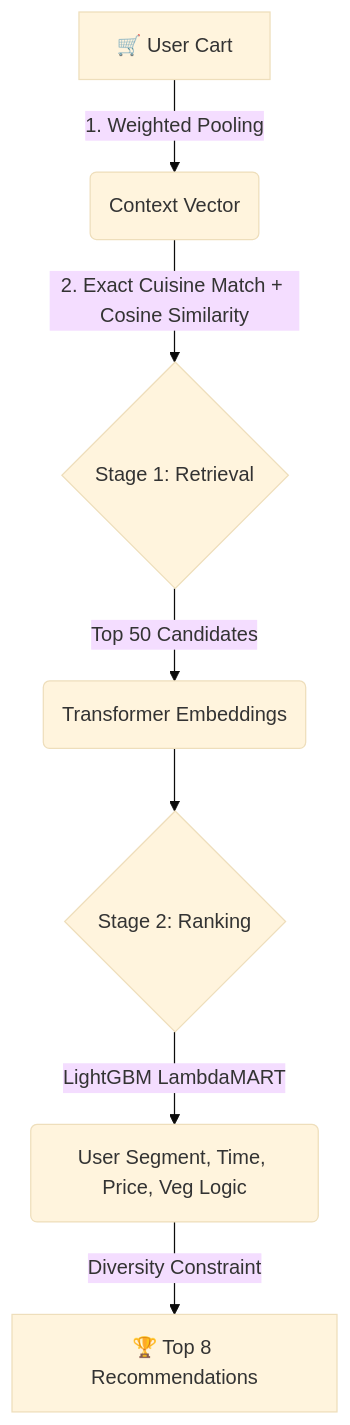
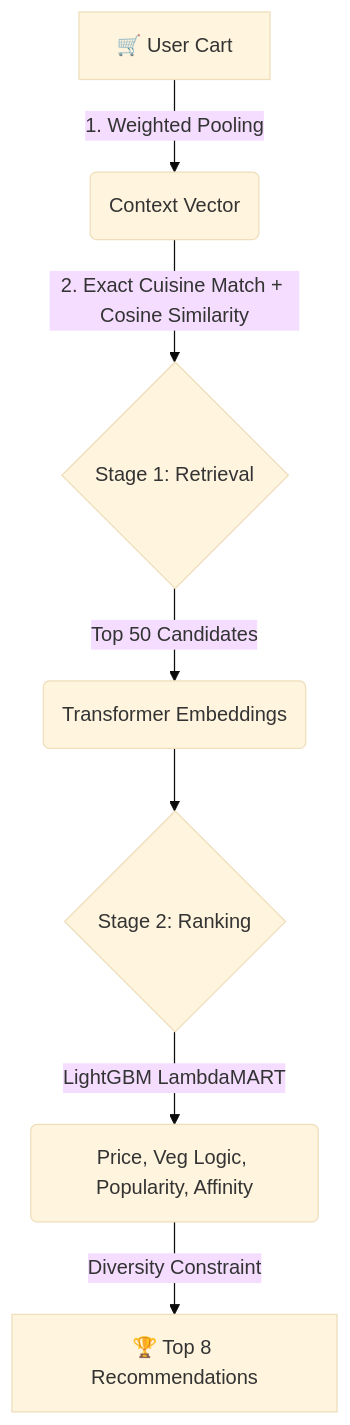
Before and after one commit to VanguardLogic/zomato-csao-recommendation-engine: the diagram in README.md, drawn with Mermaid (base theme). The commit also changed other lines of this file and 1 other file, not shown here.

Commit message:
docs: remove references to user segments and time of day after UI simplification

````diff
--- a/README.md
+++ b/README.md
@@ -24,9 +24,9 @@
 ```mermaid
 graph TD
     A["🛒 User Cart"] -->|"1. Weighted Pooling"| B("Context Vector")
     B -->|"2. Exact Cuisine Match + Cosine Similarity"| C{"Stage 1: Retrieval"}
     C -->|"Top 50 Candidates"| D("Transformer Embeddings")
     D --> E{"Stage 2: Ranking"}
-    E -->|"LightGBM LambdaMART"| F("User Segment, Time, Price, Veg Logic")
+    E -->|"LightGBM LambdaMART"| F("Price, Veg Logic, Popularity, Affinity")
     F -->|"Diversity Constraint"| G["🏆 Top 8 Recommendations"]
 ```
````
